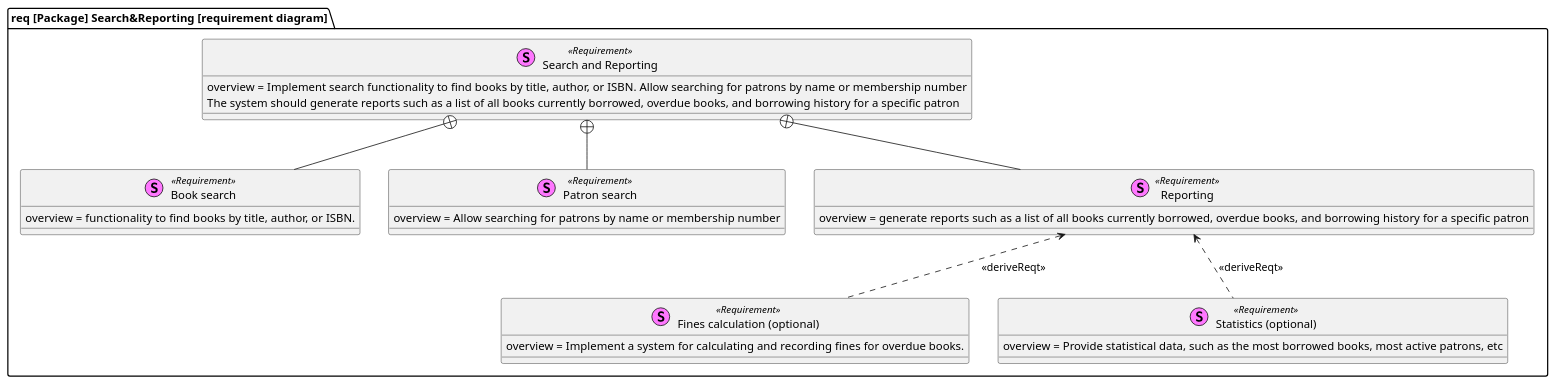
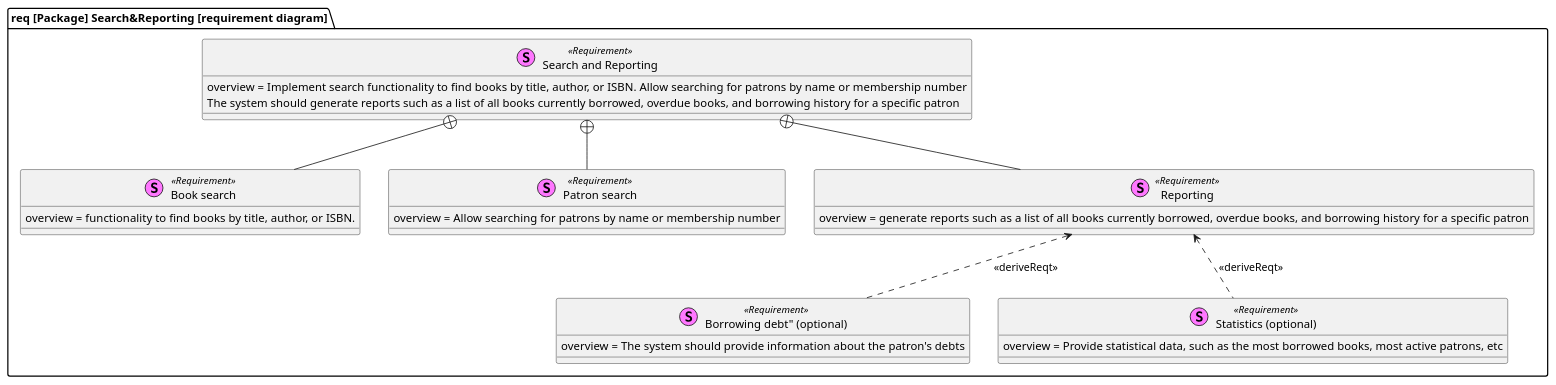
Before and after one commit to programacion-6/Opcion1FakeOrgasm: the diagram in system-desing/requirement-diagram/search-reporting.puml, drawn with PlantUML. The commit also changed 1 other file, not shown here.

Commit message:
chore: updated drvReq fines calculation
Moved fines calculation to the borrowing system package because it has a
higher relationship with borrow traking than with Reporting.

Added "Borrowing debt" requirement.

```diff
--- a/system-desing/requirement-diagram/search-reporting.puml
+++ b/system-desing/requirement-diagram/search-reporting.puml
@@ -1,33 +1,33 @@
 @startuml
 package "req [Package] Search&Reporting [requirement diagram]" {
     stereotype "Book search" as book_search <<Requirement>> {
     overview = functionality to find books by title, author, or ISBN.
     }
 
     stereotype "Patron search" as patron_search <<Requirement>> {
     overview = Allow searching for patrons by name or membership number
     }
 
-    stereotype "Fines calculation (optional)" as fines_calculation <<Requirement>> {
-    overview = Implement a system for calculating and recording fines for overdue books.
+    stereotype "Borrowing debt" (optional)" as borrowing_debt <<Requirement>> {
+    overview = The system should provide information about the patron's debts
     }
 
     stereotype "Statistics (optional)" as statistics <<Requirement>> {
     overview = Provide statistical data, such as the most borrowed books, most active patrons, etc
     }
 
     stereotype "Reporting" as reporting <<Requirement>> {
     overview = generate reports such as a list of all books currently borrowed, overdue books, and borrowing history for a specific patron
     }
-    reporting <.. fines_calculation: <<deriveReqt>>
+    reporting <.. borrowing_debt: <<deriveReqt>>
     reporting <.. statistics: <<deriveReqt>>
 
     stereotype "Search and Reporting" as  search_reporting <<Requirement>> {
     overview = Implement search functionality to find books by title, author, or ISBN. Allow searching for patrons by name or membership number
     The system should generate reports such as a list of all books currently borrowed, overdue books, and borrowing history for a specific patron
     }
     search_reporting +-- book_search
     search_reporting +-- patron_search
     search_reporting +-- reporting
 }
 @enduml
```
